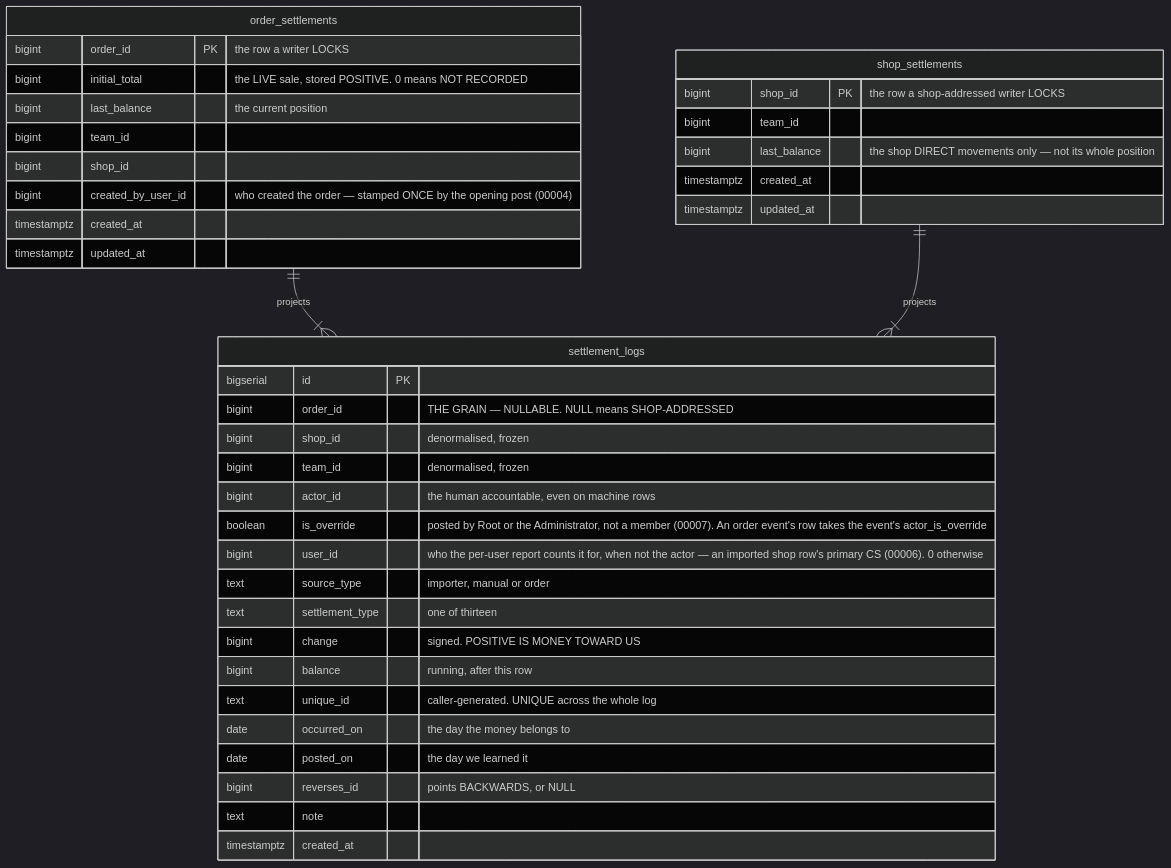
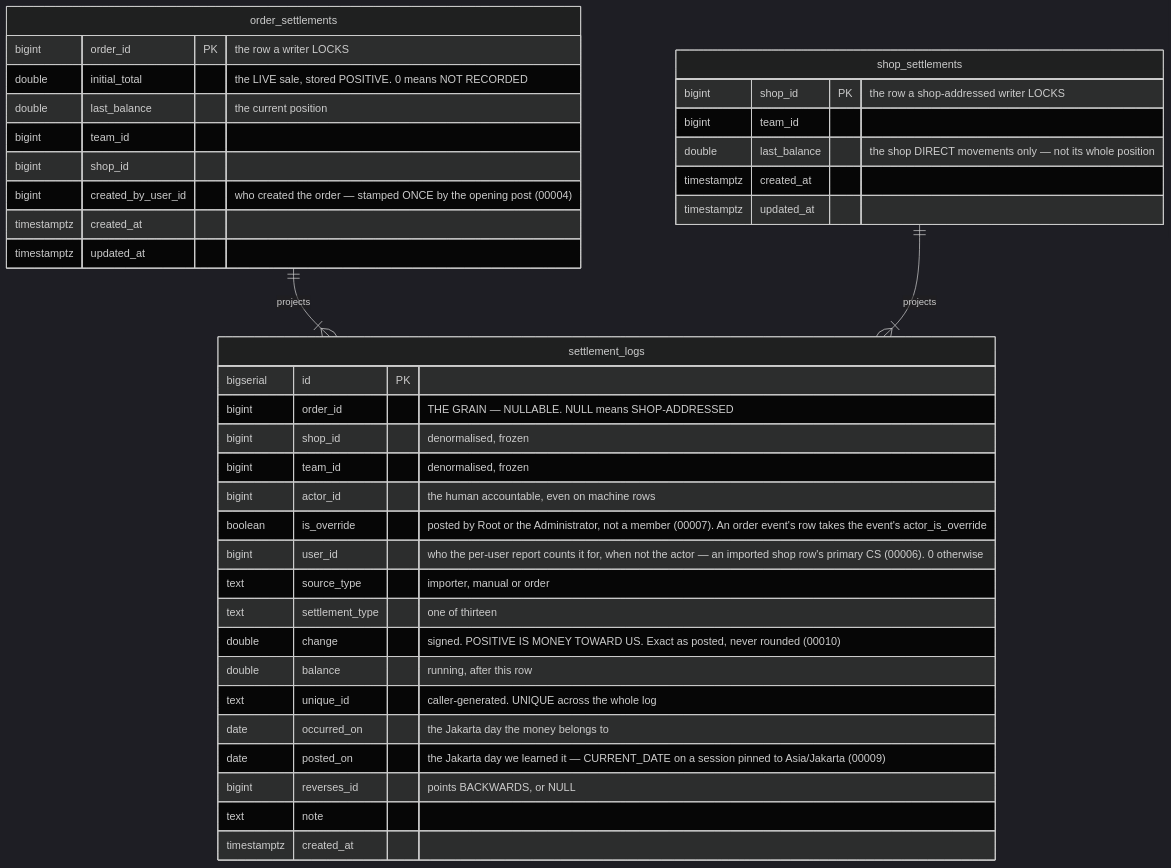
Diagram 18 of 23 in docs/database-schema.md (pdcgo/warehouse_revamp), drawn with Mermaid (dark theme) before and after one commit. The commit also changed other lines of this file and 445 other files, not shown here.

````diff
--- a/docs/database-schema.md
+++ b/docs/database-schema.md
@@ -2004,44 +2048,44 @@
 ```mermaid
 erDiagram
   settlement_logs {
     bigserial id PK
     bigint order_id "THE GRAIN — NULLABLE. NULL means SHOP-ADDRESSED"
     bigint shop_id "denormalised, frozen"
     bigint team_id "denormalised, frozen"
     bigint actor_id "the human accountable, even on machine rows"
     boolean is_override "posted by Root or the Administrator, not a member (00007). An order event's row takes the event's actor_is_override"
     bigint user_id "who the per-user report counts it for, when not the actor — an imported shop row's primary CS (00006). 0 otherwise"
     text source_type "importer, manual or order"
     text settlement_type "one of thirteen"
-    bigint change "signed. POSITIVE IS MONEY TOWARD US"
-    bigint balance "running, after this row"
+    double change "signed. POSITIVE IS MONEY TOWARD US. Exact as posted, never rounded (00010)"
+    double balance "running, after this row"
     text unique_id "caller-generated. UNIQUE across the whole log"
-    date occurred_on "the day the money belongs to"
-    date posted_on "the day we learned it"
+    date occurred_on "the Jakarta day the money belongs to"
+    date posted_on "the Jakarta day we learned it — CURRENT_DATE on a session pinned to Asia/Jakarta (00009)"
     bigint reverses_id "points BACKWARDS, or NULL"
     text note
     timestamptz created_at
   }
 
   order_settlements {
     bigint order_id PK "the row a writer LOCKS"
-    bigint initial_total "the LIVE sale, stored POSITIVE. 0 means NOT RECORDED"
-    bigint last_balance "the current position"
+    double initial_total "the LIVE sale, stored POSITIVE. 0 means NOT RECORDED"
+    double last_balance "the current position"
     bigint team_id
     bigint shop_id
     bigint created_by_user_id "who created the order — stamped ONCE by the opening post (00004)"
     timestamptz created_at
     timestamptz updated_at
   }
 
   shop_settlements {
     bigint shop_id PK "the row a shop-addressed writer LOCKS"
     bigint team_id
-    bigint last_balance "the shop DIRECT movements only — not its whole position"
+    double last_balance "the shop DIRECT movements only — not its whole position"
     timestamptz created_at
     timestamptz updated_at
   }
 
   order_settlements ||--|{ settlement_logs : projects
   shop_settlements ||--|{ settlement_logs : projects
 ```
````
